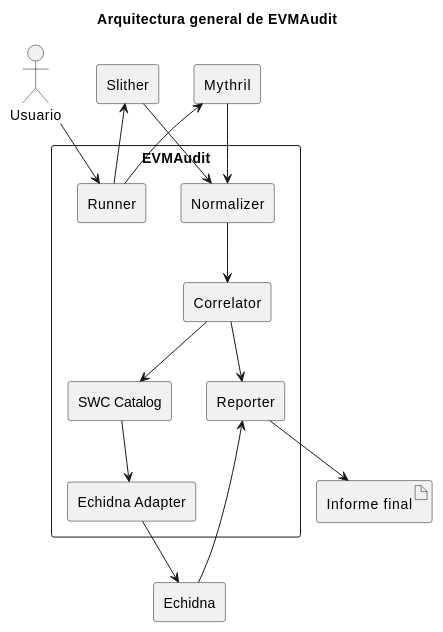
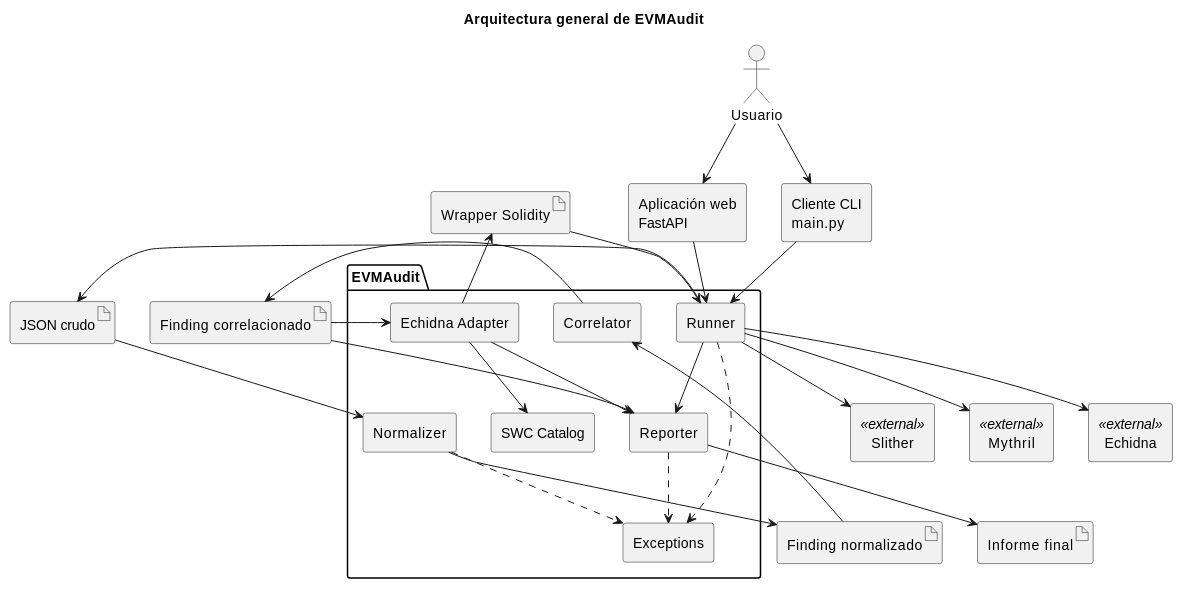
One commit to pardalaco/TFM-UNIR changed the first of 11 diagrams in docs-TFM-UNIR/Entrega/Diagramas/Diagramas.md. Above: the diagram before and after it, drawn with PlantUML. The commit also changed other lines of this file, not shown here.

Commit message:
Diagramas mejorados

````diff
--- a/docs-TFM-UNIR/Entrega/Diagramas/Diagramas.md
+++ b/docs-TFM-UNIR/Entrega/Diagramas/Diagramas.md
@@ -5,37 +3,64 @@
 ```plantuml
 @startuml
 title Arquitectura general de EVMAudit
 
 skinparam componentStyle rectangle
+skinparam shadowing false
 
-actor Usuario
+actor "Usuario" as User
 
-component "EVMAudit" {
+component "Cliente CLI\nmain.py" as CLI
+component "Aplicación web\nFastAPI" as Web
+
+package "EVMAudit" {
   component "Runner" as Runner
   component "Normalizer" as Normalizer
   component "Correlator" as Correlator
   component "SWC Catalog" as Catalog
   component "Echidna Adapter" as Adapter
   component "Reporter" as Reporter
+  component "Exceptions" as Exceptions
 }
 
-component "Slither" as Slither
-component "Mythril" as Mythril
-component "Echidna" as Echidna
-artifact "Informe final" as Report
+component "Slither" as Slither <<external>>
+component "Mythril" as Mythril <<external>>
+component "Echidna" as Echidna <<external>>
 
-Usuario --> Runner
+artifact "JSON crudo" as RawJSON
+artifact "Finding normalizado" as NormalizedFinding
+artifact "Finding correlacionado" as CorrelatedFinding
+artifact "Wrapper Solidity" as Wrapper
+artifact "Informe final" as FinalReport
+
+User --> CLI
+User --> Web
+
+CLI --> Runner
+Web --> Runner
+
 Runner --> Slither
 Runner --> Mythril
-Slither --> Normalizer
-Mythril --> Normalizer
-Normalizer --> Correlator
-Correlator --> Catalog
-Catalog --> Adapter
-Adapter --> Echidna
-Echidna --> Reporter
-Correlator --> Reporter
-Reporter --> Report
+Runner --> Echidna
+Runner --> RawJSON
+
+RawJSON --> Normalizer
+Normalizer --> NormalizedFinding
+NormalizedFinding --> Correlator
+Correlator --> CorrelatedFinding
+
+CorrelatedFinding --> Adapter
+Adapter --> Catalog
+Adapter --> Wrapper
+Wrapper --> Runner
+
+CorrelatedFinding --> Reporter
+Runner --> Reporter
+Adapter --> Reporter
+Reporter --> FinalReport
+
+Runner ..> Exceptions
+Normalizer ..> Exceptions
+Reporter ..> Exceptions
 
 @enduml
 ```
````
